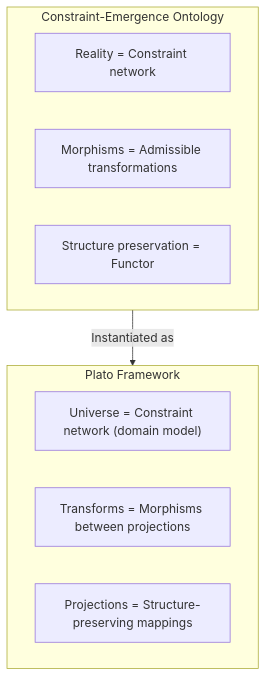
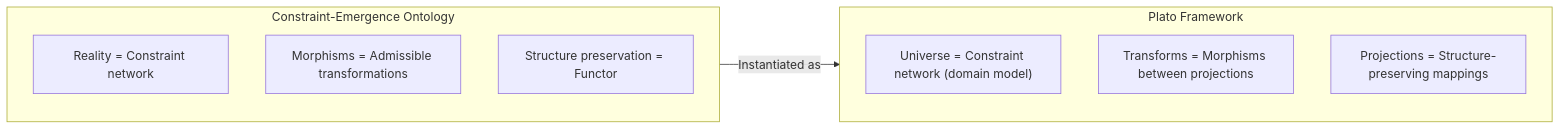
One commit to foolishimp/ai_sdlc_method changed diagram 17 of 19 in docs/presentations/PLATO_TRANSFORMATIONS_PRESENTATION.md. Above: the diagram before and after it, drawn with Mermaid. The commit also changed other lines of this file and 15 other files, not shown here.

````diff
--- a/docs/presentations/PLATO_TRANSFORMATIONS_PRESENTATION.md
+++ b/docs/presentations/PLATO_TRANSFORMATIONS_PRESENTATION.md
@@ -753,16 +753,16 @@
 ```mermaid
-flowchart TB
+flowchart LR
     subgraph Ontology["Constraint-Emergence Ontology"]
         O1["Reality = Constraint network"]
         O2["Morphisms = Admissible transformations"]
         O3["Structure preservation = Functor"]
     end
 
     subgraph Plato["Plato Framework"]
         P1["Universe = Constraint network (domain model)"]
         P2["Transforms = Morphisms between projections"]
         P3["Projections = Structure-preserving mappings"]
     end
 
     Ontology -->|"Instantiated as"| Plato
 ```
````
